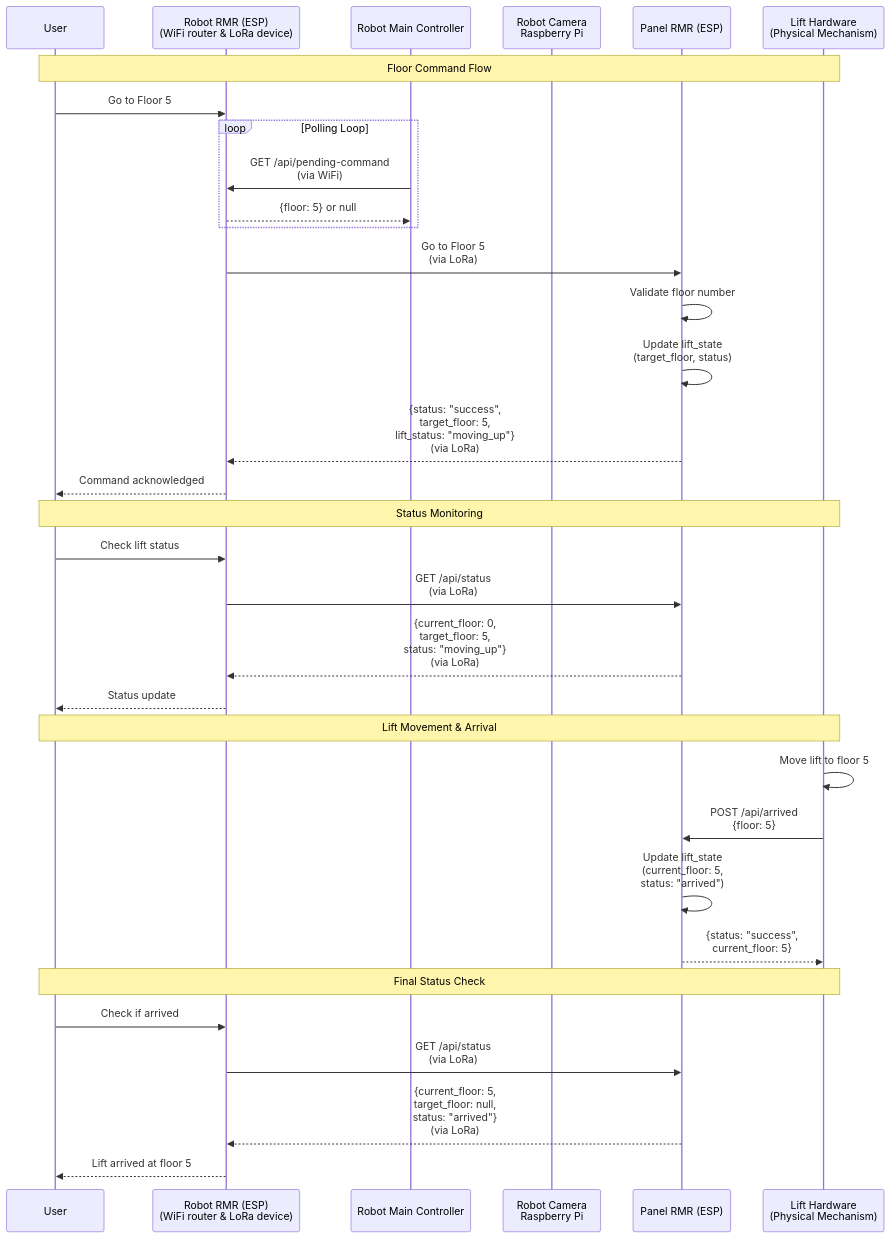
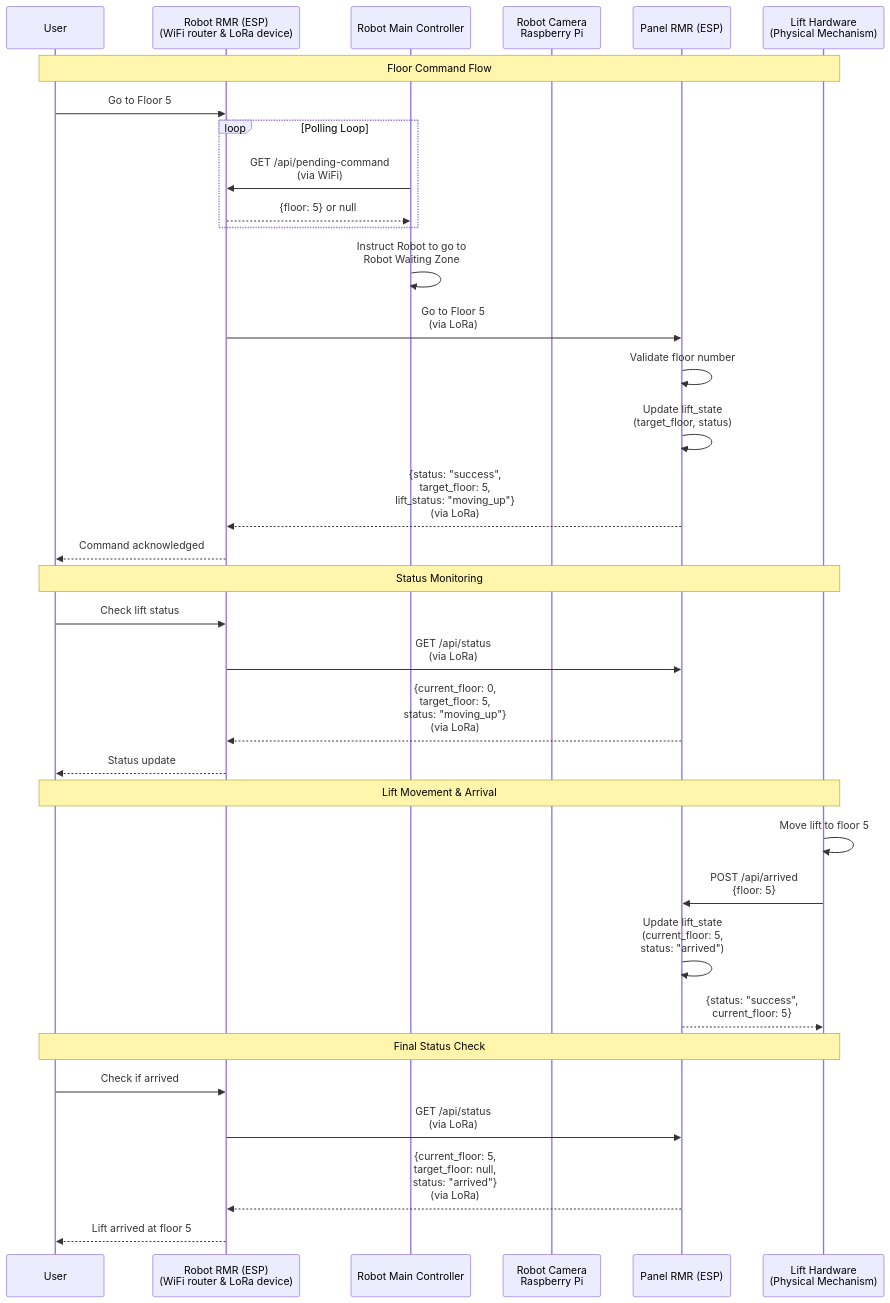
The first of 2 diagrams in sequence_diagram.md (in-is-ah/rmr), drawn with Mermaid before and after one commit.

Commit message:
Update sequence diagram for RobotMainController flow

````diff
--- a/sequence_diagram.md
+++ b/sequence_diagram.md
@@ -5,39 +5,40 @@
 ```mermaid
 sequenceDiagram
     participant User
     participant ClientPi as Robot RMR (ESP)<br/>(WiFi router & LoRa device)
     participant RobotMainController as Robot Main Controller
     participant CameraModule as Robot Camera<br/>Raspberry Pi
     participant LiftService as Panel RMR (ESP)
     participant LiftHardware as Lift Hardware<br/>(Physical Mechanism)
 
     Note over User,LiftHardware: Floor Command Flow
     User->>ClientPi: Go to Floor 5
     loop Polling Loop
         RobotMainController->>ClientPi: GET /api/pending-command<br/>(via WiFi)
         ClientPi-->>RobotMainController: {floor: 5} or null
     end
+    RobotMainController->>RobotMainController: Instruct Robot to go to<br/>Robot Waiting Zone
     ClientPi->>LiftService: Go to Floor 5<br/>(via LoRa)
     LiftService->>LiftService: Validate floor number
     LiftService->>LiftService: Update lift_state<br/>(target_floor, status)
     LiftService-->>ClientPi: {status: "success",<br/>target_floor: 5,<br/>lift_status: "moving_up"}<br/>(via LoRa)
     ClientPi-->>User: Command acknowledged
     
     Note over User,LiftHardware: Status Monitoring
     User->>ClientPi: Check lift status
     ClientPi->>LiftService: GET /api/status<br/>(via LoRa)
     LiftService-->>ClientPi: {current_floor: 0,<br/>target_floor: 5,<br/>status: "moving_up"}<br/>(via LoRa)
     ClientPi-->>User: Status update
     
     Note over User,LiftHardware: Lift Movement & Arrival
     LiftHardware->>LiftHardware: Move lift to floor 5
     LiftHardware->>LiftService: POST /api/arrived<br/>{floor: 5}
     LiftService->>LiftService: Update lift_state<br/>(current_floor: 5,<br/>status: "arrived")
     LiftService-->>LiftHardware: {status: "success",<br/>current_floor: 5}
     
     Note over User,LiftHardware: Final Status Check
     User->>ClientPi: Check if arrived
     ClientPi->>LiftService: GET /api/status<br/>(via LoRa)
     LiftService-->>ClientPi: {current_floor: 5,<br/>target_floor: null,<br/>status: "arrived"}<br/>(via LoRa)
     ClientPi-->>User: Lift arrived at floor 5
 ```
````
